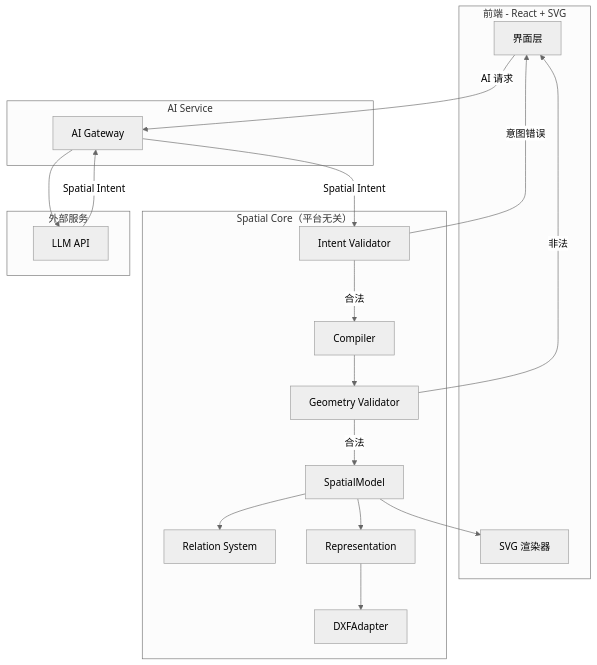
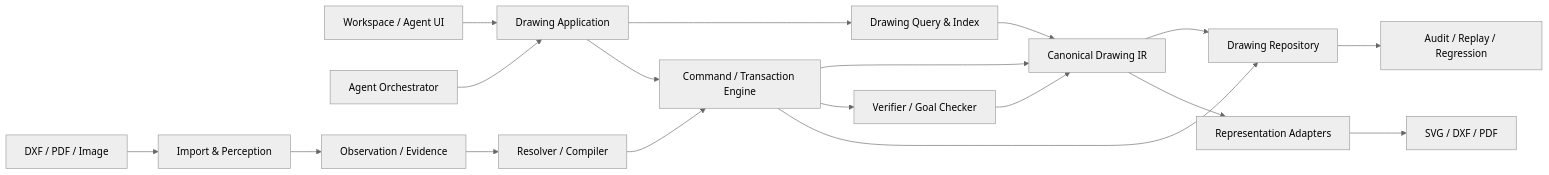
One commit to sidhu-master/VectorAI-plugin changed the diagram in docs/tech-architecture.md. Above: the diagram before and after it, drawn with Mermaid (neutral theme). The commit also changed other lines of this file and 32 other files, not shown here.

Commit message:
chore: checkpoint visual drawing agent experiments

````diff
--- a/docs/tech-architecture.md
+++ b/docs/tech-architecture.md
@@ -9,39 +29,23 @@
 ```mermaid
-flowchart TD
-    subgraph Frontend["前端 - React + SVG"]
-        UI["界面层"]
-        SVGRenderer["SVG 渲染器"]
-    end
+flowchart LR
+    UI["Workspace / Agent UI"] --> APP["Drawing Application"]
+    AGENT["Agent Orchestrator"] --> APP
+    APP --> QUERY["Drawing Query & Index"]
+    APP --> CMD["Command / Transaction Engine"]
+    CMD --> CORE["Canonical Drawing IR"]
+    QUERY --> CORE
+    CMD --> VERIFY["Verifier / Goal Checker"]
+    VERIFY --> CORE
 
-    subgraph SpatialCore["Spatial Core（平台无关）"]
-        IntentValidator["Intent Validator"]
-        Compiler["Compiler"]
-        GeometryValidator["Geometry Validator"]
-        Model["SpatialModel"]
-        Relations["Relation System"]
-        Representation["Representation"]
-        DXF["DXFAdapter"]
-    end
+    SOURCE["DXF / PDF / Image"] --> INGEST["Import & Perception"]
+    INGEST --> EVIDENCE["Observation / Evidence"]
+    EVIDENCE --> RESOLVE["Resolver / Compiler"]
+    RESOLVE --> CMD
 
-    subgraph AIService["AI Service"]
-        Gateway["AI Gateway"]
-    end
+    CORE --> REPO["Drawing Repository"]
+    CMD --> REPO
+    REPO --> AUDIT["Audit / Replay / Regression"]
 
-    subgraph External["外部服务"]
-        LLM["LLM API"]
-    end
-
-    UI -->|"AI 请求"| Gateway
-    Gateway --> LLM
-    LLM -->|"Spatial Intent"| Gateway
-    Gateway -->|"Spatial Intent"| IntentValidator
-    IntentValidator -->|合法| Compiler
-    IntentValidator -->|意图错误| UI
-    Compiler --> GeometryValidator
-    GeometryValidator -->|合法| Model
-    GeometryValidator -->|非法| UI
-    Model --> Relations
-    Model --> SVGRenderer
-    Model --> Representation
-    Representation --> DXF
+    CORE --> ADAPTER["Representation Adapters"]
+    ADAPTER --> OUTPUT["SVG / DXF / PDF"]
 ```
````
